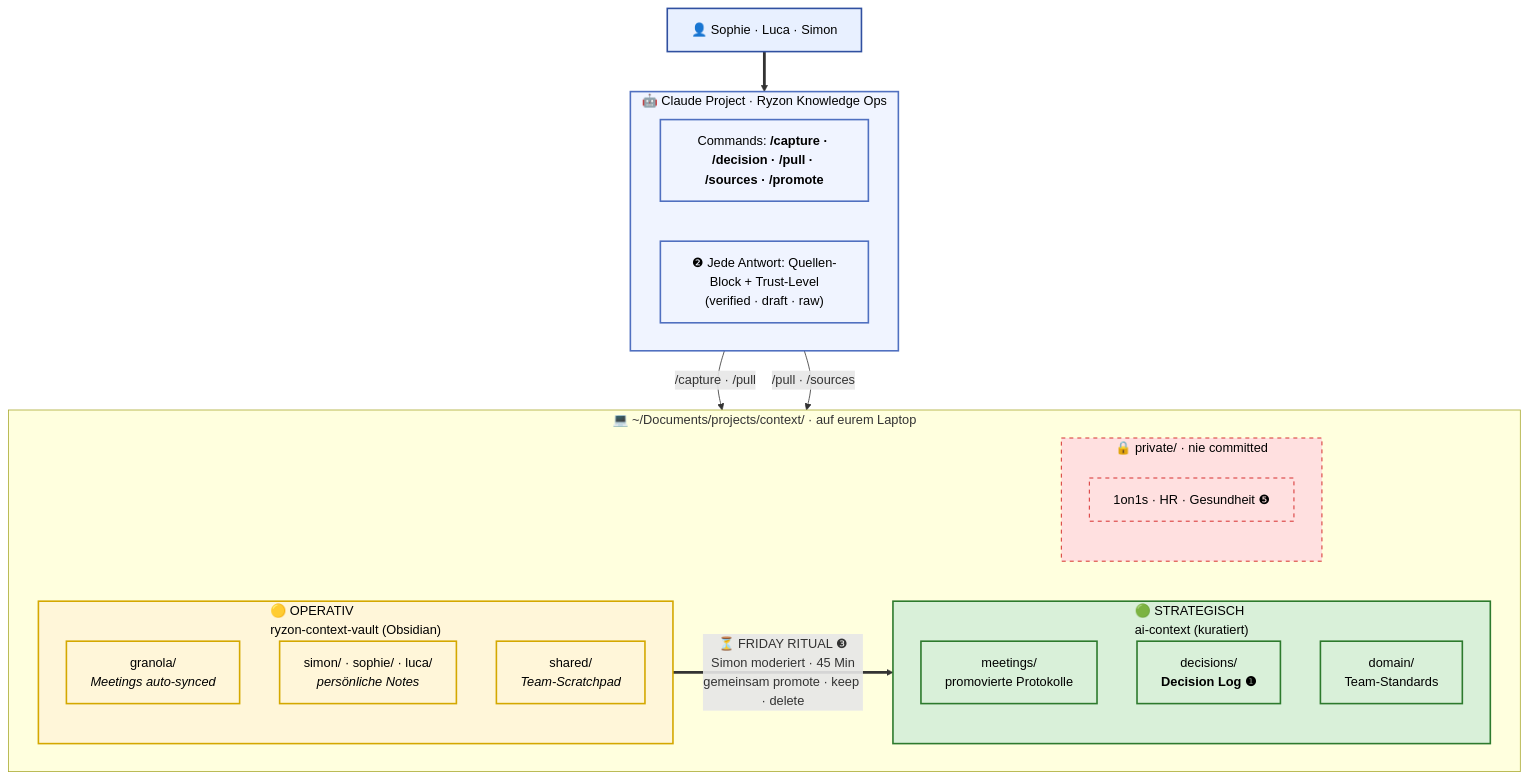
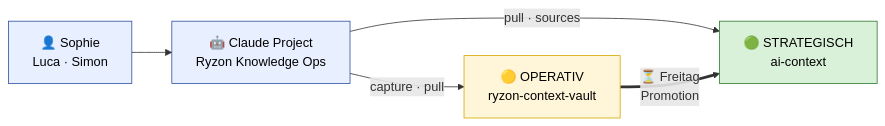
The first of 4 diagrams in docs/knowledge-setup/meeting-agenda-sophie-luca.md (Ryzon-Performance-Sports-Apparel/mcp-setup), drawn with Mermaid before and after one commit. The commit also changed other lines of this file, not shown here.

First line of the commit message:
docs: add 5 dimensions as central building block + simplify diagrams

````diff
--- a/docs/knowledge-setup/meeting-agenda-sophie-luca.md
+++ b/docs/knowledge-setup/meeting-agenda-sophie-luca.md
@@ -9,46 +9,15 @@
 ```mermaid
-flowchart TB
-    U["👤 Sophie · Luca · Simon"]
+flowchart LR
+    U["👤 Sophie<br/>Luca · Simon"] --> CP["🤖 Claude Project<br/>Ryzon Knowledge Ops"]
+    CP -->|capture · pull| V["🟡 OPERATIV<br/>ryzon-context-vault"]
+    CP -->|pull · sources| A["🟢 STRATEGISCH<br/>ai-context"]
+    V ==>|"⏳ Freitag<br/>Promotion"| A
 
-    subgraph CP["🤖 Claude Project · Ryzon Knowledge Ops"]
-        CMD["Commands: <b>/capture · /decision · /pull · /sources · /promote</b>"]
-        AUD["❷ Jede Antwort: Quellen-Block + Trust-Level<br/>(verified · draft · raw)"]
-    end
+    classDef op fill:#fff6d9,stroke:#d4a800,color:#000
+    classDef st fill:#d9f0d9,stroke:#2d7a2d,color:#000
+    classDef cp fill:#e8f0ff,stroke:#3050a0,color:#000
 
-    subgraph WORLDS["💻 ~/Documents/projects/context/ · auf eurem Laptop"]
-        direction LR
-
-        subgraph OPV["🟡 OPERATIV<br/>ryzon-context-vault (Obsidian)"]
-            OPG["granola/<br/><i>Meetings auto-synced</i>"]
-            OPP["simon/ · sophie/ · luca/<br/><i>persönliche Notes</i>"]
-            OPS["shared/<br/><i>Team-Scratchpad</i>"]
-        end
-
-        subgraph STR["🟢 STRATEGISCH<br/>ai-context (kuratiert)"]
-            STM["meetings/<br/>promovierte Protokolle"]
-            STD["decisions/<br/><b>Decision Log ❶</b>"]
-            STO["domain/<br/>Team-Standards"]
-        end
-
-        subgraph PRIV["🔒 private/ · nie committed"]
-            PP["1on1s · HR · Gesundheit ❺"]
-        end
-    end
-
-    U ==> CP
-    CP -->|"/capture · /pull"| OPV
-    CP -->|"/pull · /sources"| STR
-    OPV ==>|"⏳ FRIDAY RITUAL ❸<br/>Simon moderiert · 45 Min<br/>gemeinsam promote · keep · delete"| STR
-
-    classDef userNode fill:#e8f0ff,stroke:#3050a0,stroke-width:2px,color:#000
-    classDef projNode fill:#f0f4ff,stroke:#5070c0,stroke-width:2px,color:#000
-    classDef opNode fill:#fff6d9,stroke:#d4a800,stroke-width:2px,color:#000
-    classDef stNode fill:#d9f0d9,stroke:#2d7a2d,stroke-width:2px,color:#000
-    classDef privNode fill:#ffe0e0,stroke:#cc0000,stroke-dasharray:5 5,color:#000
-
-    class U userNode
-    class CP,CMD,AUD projNode
-    class OPV,OPG,OPP,OPS opNode
-    class STR,STM,STD,STO stNode
-    class PRIV,PP privNode
+    class V op
+    class A st
+    class U,CP cp
 ```
````
